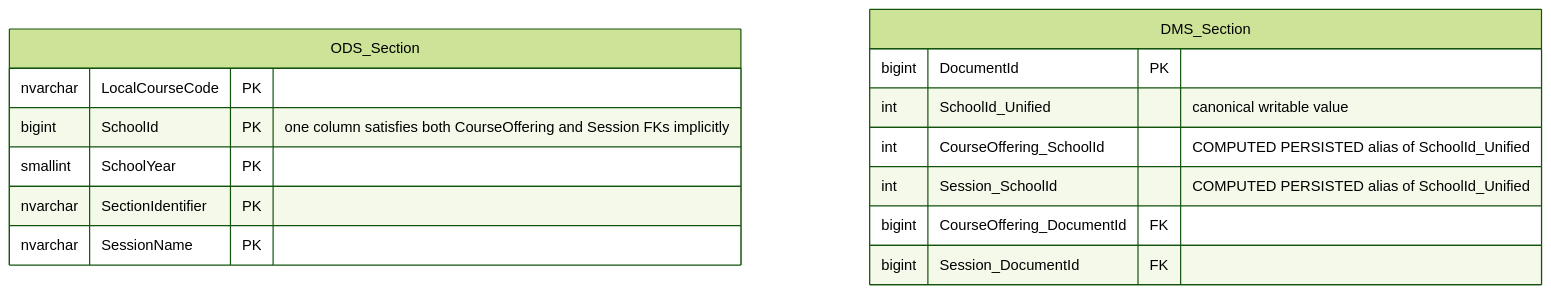
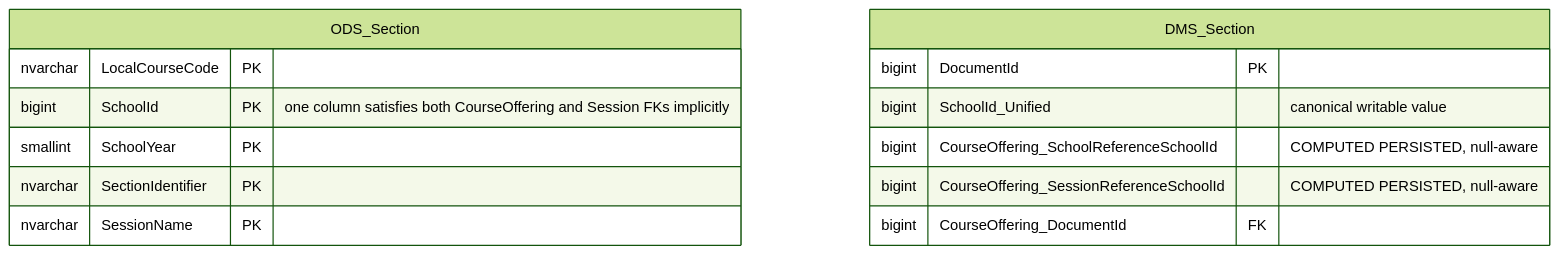
The fourth of 10 diagrams in blog/2026-03-25.md (Ed-Fi-Alliance-OSS/ed-fi-alliance-oss.github.io), drawn with Mermaid (forest theme) before and after one commit. The commit also changed other lines of this file, not shown here.

Commit message:
Update DMS relational backend post to match current schema

````diff
--- a/blog/2026-03-25.md
+++ b/blog/2026-03-25.md
@@ -181,19 +201,18 @@
 ```mermaid
 erDiagram
     ODS_Section {
         nvarchar LocalCourseCode PK
         bigint SchoolId PK "one column satisfies both CourseOffering and Session FKs implicitly"
         smallint SchoolYear PK
         nvarchar SectionIdentifier PK
         nvarchar SessionName PK
     }
 
     DMS_Section {
         bigint DocumentId PK
-        int SchoolId_Unified "canonical writable value"
-        int CourseOffering_SchoolId "COMPUTED PERSISTED alias of SchoolId_Unified"
-        int Session_SchoolId "COMPUTED PERSISTED alias of SchoolId_Unified"
+        bigint SchoolId_Unified "canonical writable value"
+        bigint CourseOffering_SchoolReferenceSchoolId "COMPUTED PERSISTED, null-aware"
+        bigint CourseOffering_SessionReferenceSchoolId "COMPUTED PERSISTED, null-aware"
         bigint CourseOffering_DocumentId FK
-        bigint Session_DocumentId FK
     }
 ```
````
